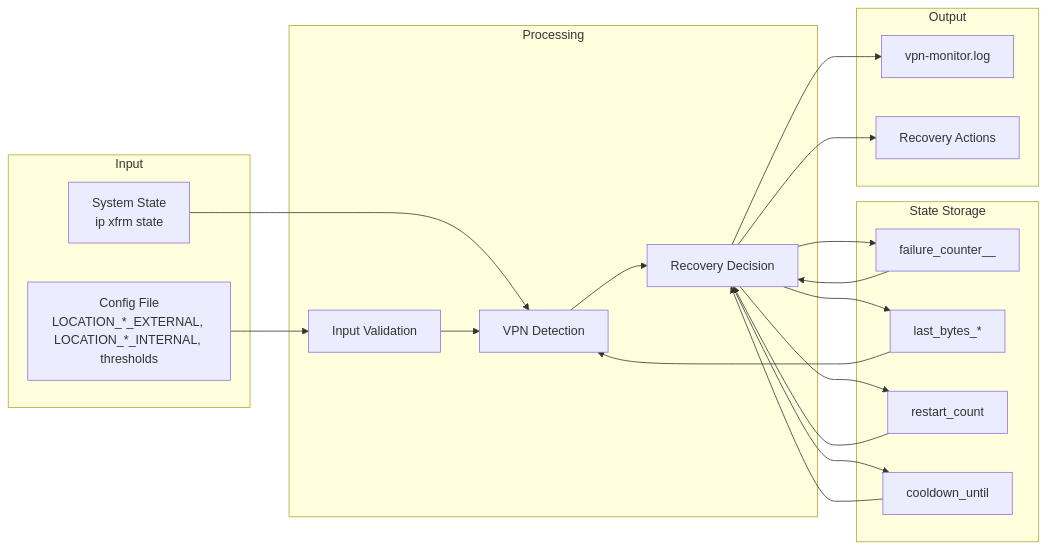
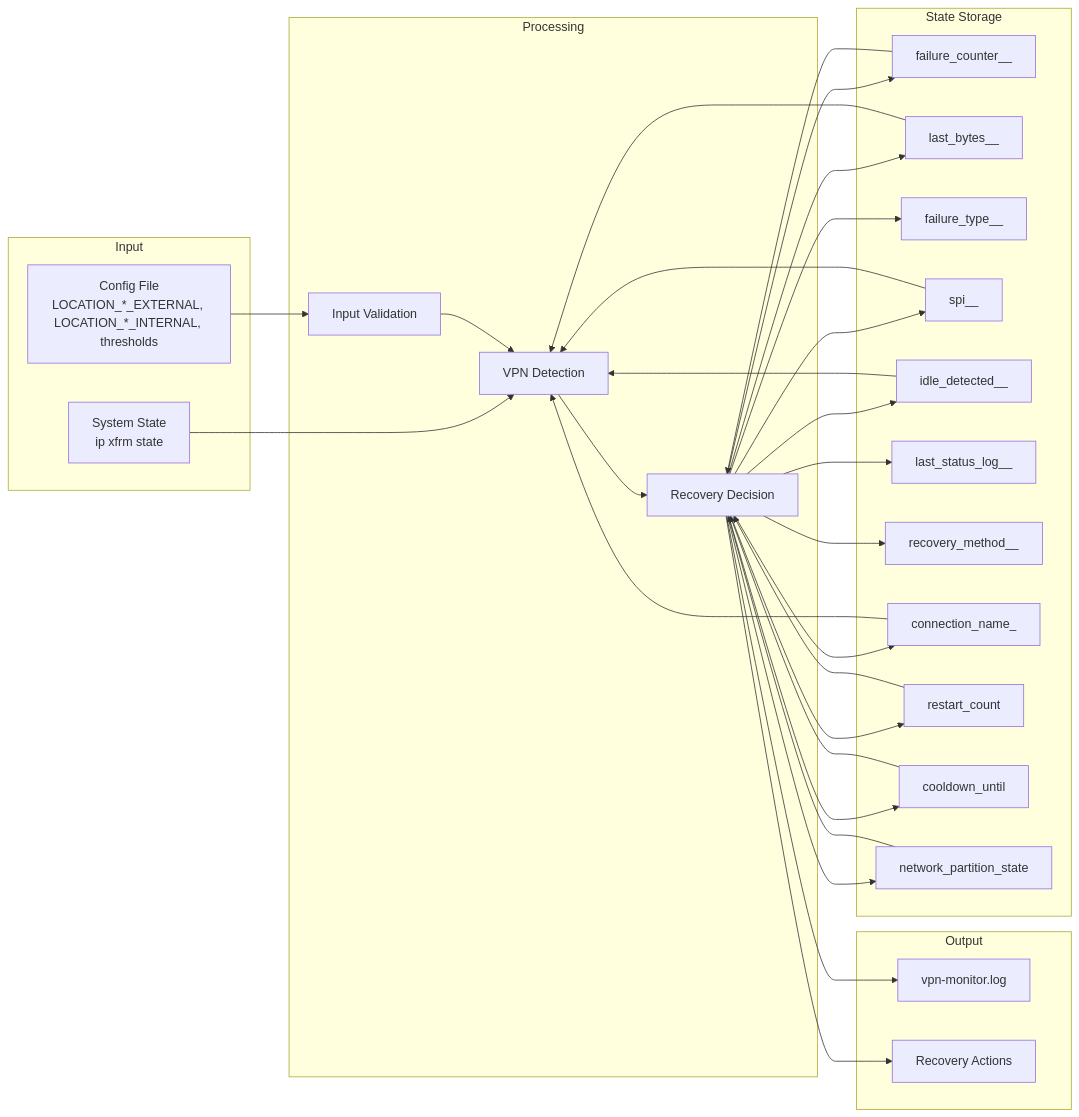
Before and after one commit to Eccentric-Quality-Solutions/udm-vpn-monitor: the fifth of 6 diagrams in docs/ARCHITECTURE.md, drawn with Mermaid. The commit also changed other lines of this file and 10 other files, not shown here.

````diff
--- a/docs/ARCHITECTURE.md
+++ b/docs/ARCHITECTURE.md
@@ -367,40 +378,58 @@
 ```mermaid
 graph LR
     subgraph "Input"
         ConfigFile[Config File<br/>LOCATION_*_EXTERNAL, LOCATION_*_INTERNAL, thresholds]
         XfrmState[System State<br/>ip xfrm state]
     end
-    
+
     subgraph "Processing"
         Validation[Input Validation]
         Detection[VPN Detection]
         Decision[Recovery Decision]
     end
-    
+
     subgraph "State Storage"
         FailureCounter[failure_counter_<location>_<peer_ip>]
-        ByteFiles[last_bytes_*]
+        ByteFiles[last_bytes_<location>_<peer_ip>]
+        FailureType[failure_type_<location>_<peer_ip>]
+        SPI[spi_<location>_<peer_ip>]
+        IdleDetected[idle_detected_<location>_<peer_ip>]
+        LastStatusLog[last_status_log_<location>_<peer_ip>]
+        RecoveryMethod[recovery_method_<location>_<peer_ip>]
+        ConnectionName[connection_name_<peer_ip>]
         RestartLog[restart_count]
         CooldownFile[cooldown_until]
+        NetworkPartition[network_partition_state]
     end
-    
+
     subgraph "Output"
         LogFile[vpn-monitor.log]
         Actions[Recovery Actions]
     end
-    
+
     ConfigFile --> Validation
     XfrmState --> Detection
     Validation --> Detection
     Detection --> Decision
     Decision --> FailureCounter
     Decision --> ByteFiles
+    Decision --> FailureType
+    Decision --> SPI
+    Decision --> IdleDetected
+    Decision --> LastStatusLog
+    Decision --> RecoveryMethod
+    Decision --> ConnectionName
     Decision --> RestartLog
     Decision --> CooldownFile
+    Decision --> NetworkPartition
     Decision --> LogFile
     Decision --> Actions
     FailureCounter --> Decision
     ByteFiles --> Detection
+    SPI --> Detection
+    IdleDetected --> Detection
+    ConnectionName --> Detection
     RestartLog --> Decision
     CooldownFile --> Decision
+    NetworkPartition --> Decision
 ```
````
